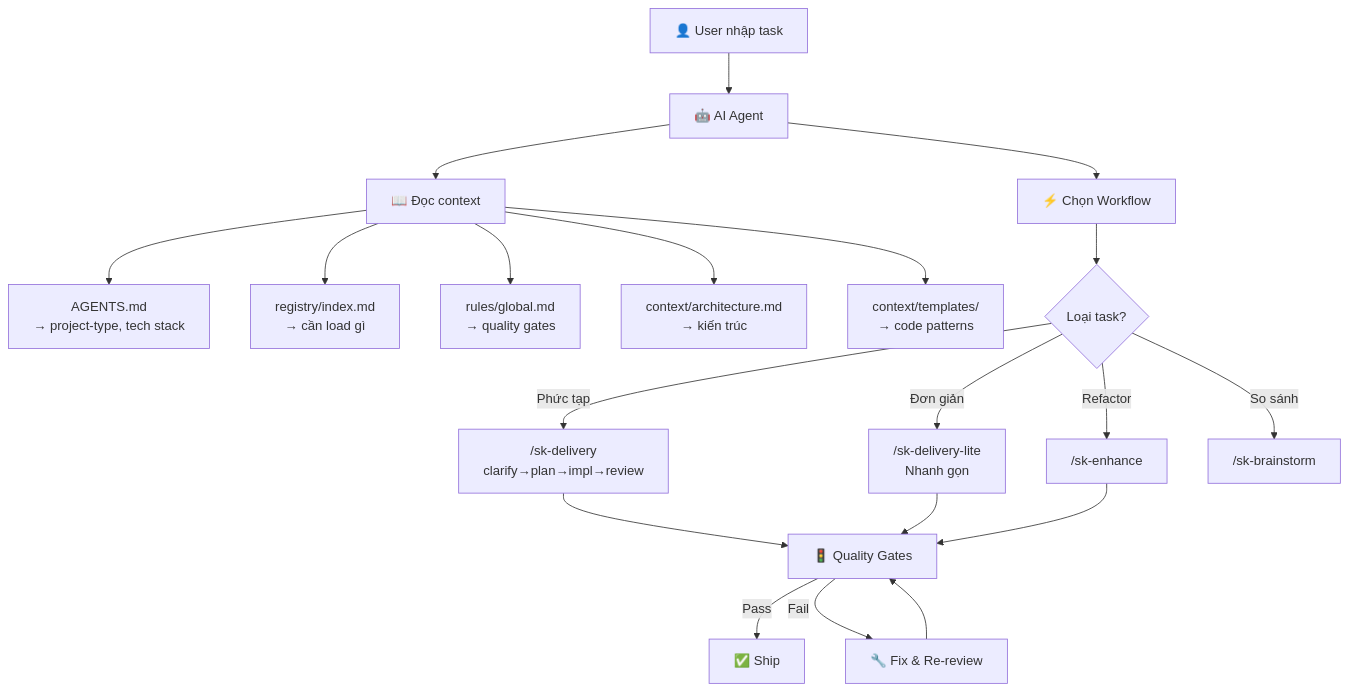
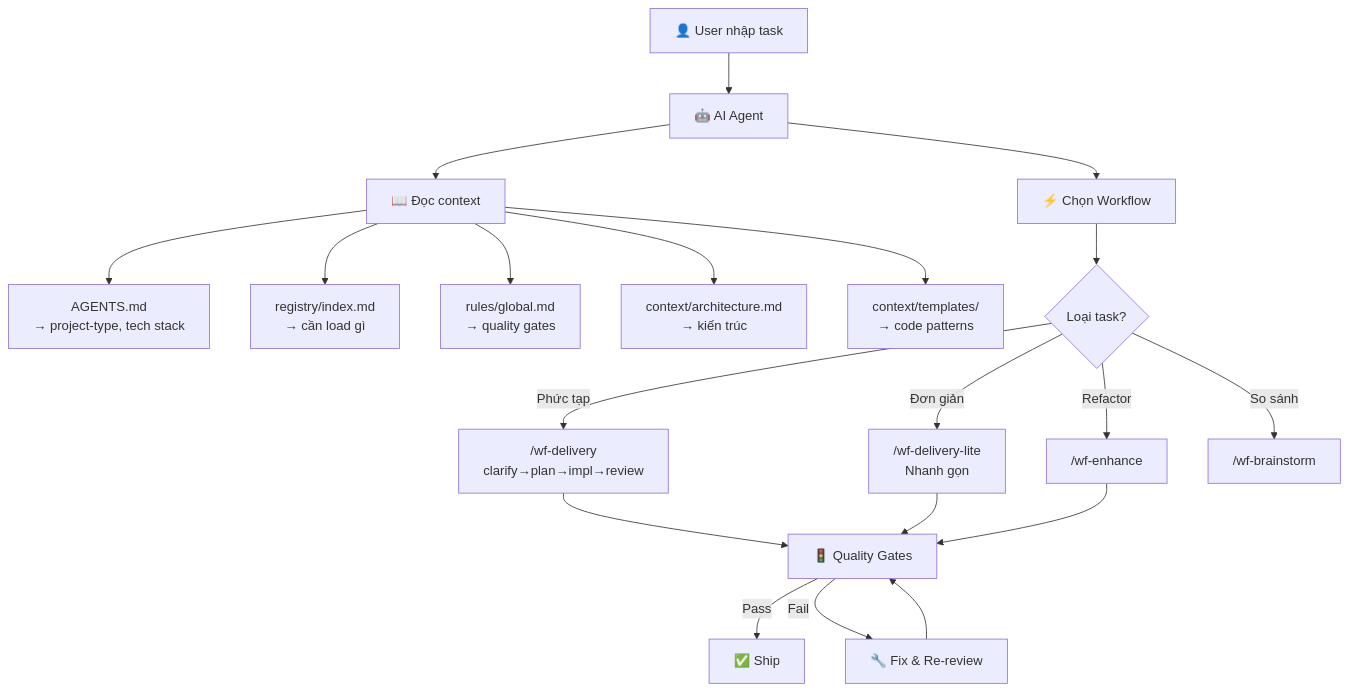
Before and after one commit to Sonleeee/Agent-Dev-Kit: the sixth of 6 diagrams in HowItWorks.md, drawn with Mermaid. The commit also changed other lines of this file and 44 other files, not shown here.

````diff
--- a/HowItWorks.md
+++ b/HowItWorks.md
@@ -291,27 +291,27 @@
 ```mermaid
 flowchart TD
     USER["👤 User nhập task"] --> AGENT["🤖 AI Agent"]
   
     AGENT --> READ["📖 Đọc context"]
     READ --> AGENTS_MD["AGENTS.md<br/>→ project-type, tech stack"]
     READ --> REGISTRY["registry/index.md<br/>→ cần load gì"]
     READ --> RULES["rules/global.md<br/>→ quality gates"]
     READ --> ARCH["context/architecture.md<br/>→ kiến trúc"]
     READ --> TMPL["context/templates/<br/>→ code patterns"]
   
     AGENT --> CHOOSE["⚡ Chọn Workflow"]
     CHOOSE --> WF{Loại task?}
   
-    WF -->|Phức tạp| DELIVERY["/sk-delivery<br/>clarify→plan→impl→review"]
-    WF -->|Đơn giản| LITE["/sk-delivery-lite<br/>Nhanh gọn"]
-    WF -->|Refactor| ENHANCE["/sk-enhance"]
-    WF -->|So sánh| BRAINSTORM["/sk-brainstorm"]
+    WF -->|Phức tạp| DELIVERY["/wf-delivery<br/>clarify→plan→impl→review"]
+    WF -->|Đơn giản| LITE["/wf-delivery-lite<br/>Nhanh gọn"]
+    WF -->|Refactor| ENHANCE["/wf-enhance"]
+    WF -->|So sánh| BRAINSTORM["/wf-brainstorm"]
   
     DELIVERY --> GATE["🚦 Quality Gates"]
     LITE --> GATE
     ENHANCE --> GATE
   
     GATE -->|Pass| SHIP["✅ Ship"]
     GATE -->|Fail| FIX["🔧 Fix & Re-review"]
     FIX --> GATE
 ```
````
